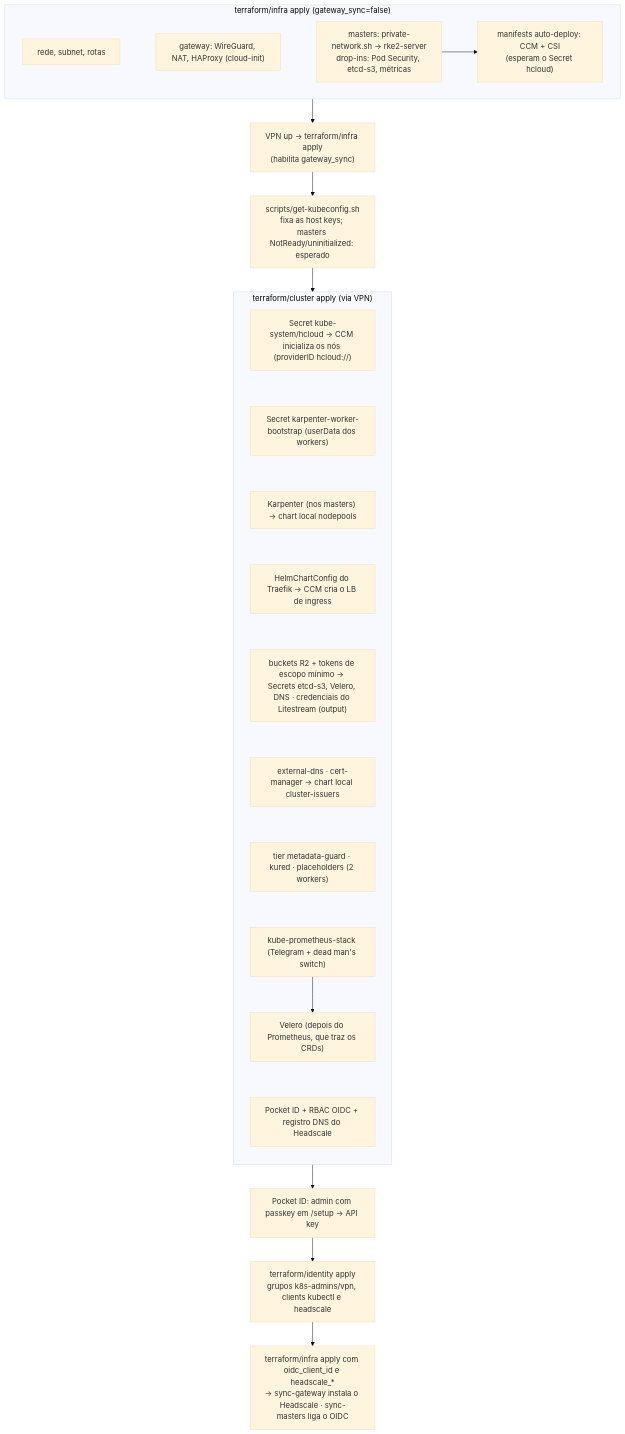
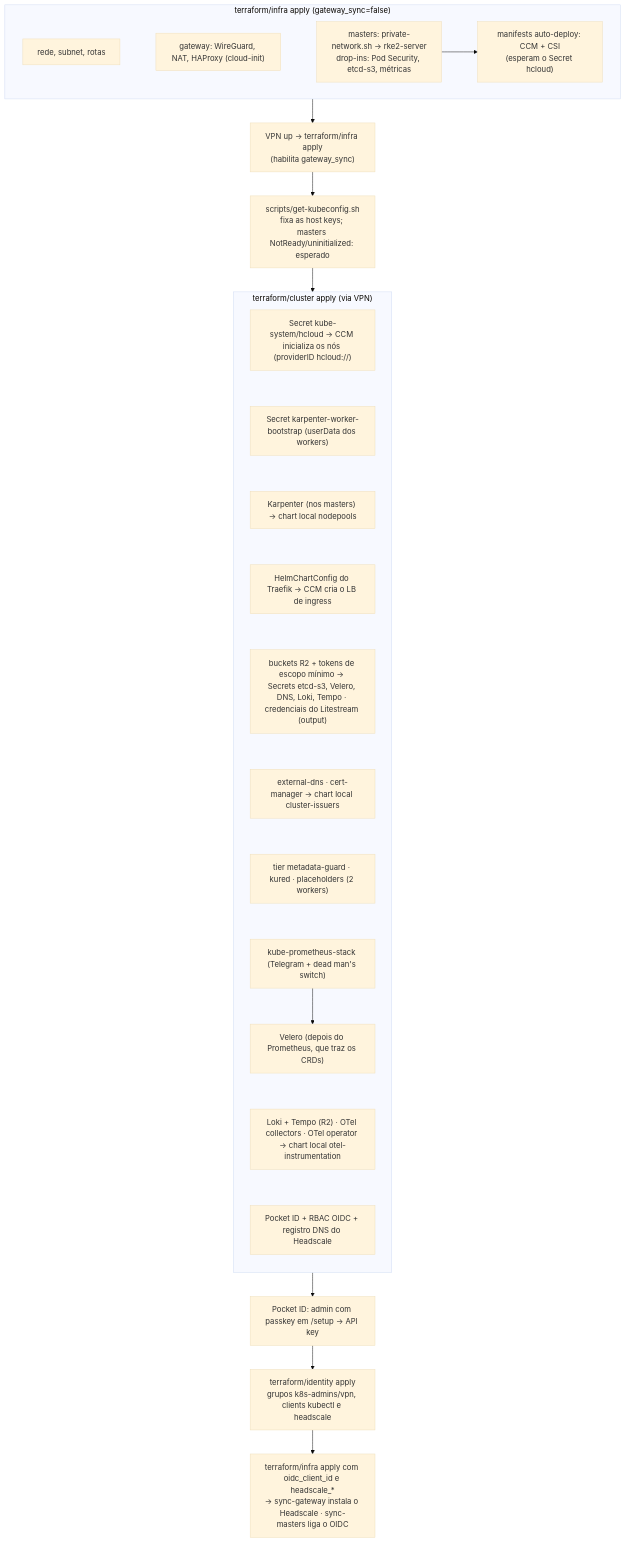
One commit to reginaldosousa/hetzner-rke2-terraform changed the sixth of 6 diagrams in docs/architecture.md. Above: the diagram before and after it, drawn with Mermaid (base theme). The commit also changed 6 other files, not shown here.

````diff
--- a/docs/architecture.md
+++ b/docs/architecture.md
@@ -118,30 +118,31 @@
 ```mermaid
 flowchart TB
     subgraph infra1["terraform/infra apply (gateway_sync=false)"]
         net["rede, subnet, rotas"]
         gw["gateway: WireGuard, NAT, HAProxy (cloud-init)"]
         ms["masters: private-network.sh → rke2-server<br/>drop-ins: Pod Security, etcd-s3, métricas"]
         ccm["manifests auto-deploy: CCM + CSI<br/>(esperam o Secret hcloud)"]
         net ~~~ gw ~~~ ms --> ccm
     end
     infra1 --> vpn["VPN up → terraform/infra apply<br/>(habilita gateway_sync)"]
     vpn --> kc["scripts/get-kubeconfig.sh<br/>fixa as host keys; masters NotReady/uninitialized: esperado"]
     kc --> cluster
     subgraph cluster["terraform/cluster apply (via VPN)"]
         direction TB
         hs["Secret kube-system/hcloud → CCM inicializa os nós (providerID hcloud://)"]
         kb["Secret karpenter-worker-bootstrap (userData dos workers)"]
         kp["Karpenter (nos masters) → chart local nodepools"]
         tr["HelmChartConfig do Traefik → CCM cria o LB de ingress"]
-        cfr["buckets R2 + tokens de escopo mínimo → Secrets etcd-s3, Velero, DNS · credenciais do Litestream (output)"]
+        cfr["buckets R2 + tokens de escopo mínimo → Secrets etcd-s3, Velero, DNS, Loki, Tempo · credenciais do Litestream (output)"]
         dns["external-dns · cert-manager → chart local cluster-issuers"]
         sec["tier metadata-guard · kured · placeholders (2 workers)"]
         mon["kube-prometheus-stack (Telegram + dead man's switch)"]
         vel["Velero (depois do Prometheus, que traz os CRDs)"]
+        otel["Loki + Tempo (R2) · OTel collectors · OTel operator → chart local otel-instrumentation"]
         pid["Pocket ID + RBAC OIDC + registro DNS do Headscale"]
-        hs ~~~ kb ~~~ kp ~~~ tr ~~~ cfr ~~~ dns ~~~ sec ~~~ mon --> vel ~~~ pid
+        hs ~~~ kb ~~~ kp ~~~ tr ~~~ cfr ~~~ dns ~~~ sec ~~~ mon --> vel ~~~ otel ~~~ pid
     end
     cluster --> setup["Pocket ID: admin com passkey em /setup → API key"]
     setup --> ident["terraform/identity apply<br/>grupos k8s-admins/vpn, clients kubectl e headscale"]
     ident --> infra2["terraform/infra apply com oidc_client_id e headscale_*<br/>→ sync-gateway instala o Headscale · sync-masters liga o OIDC"]
 ```
````
